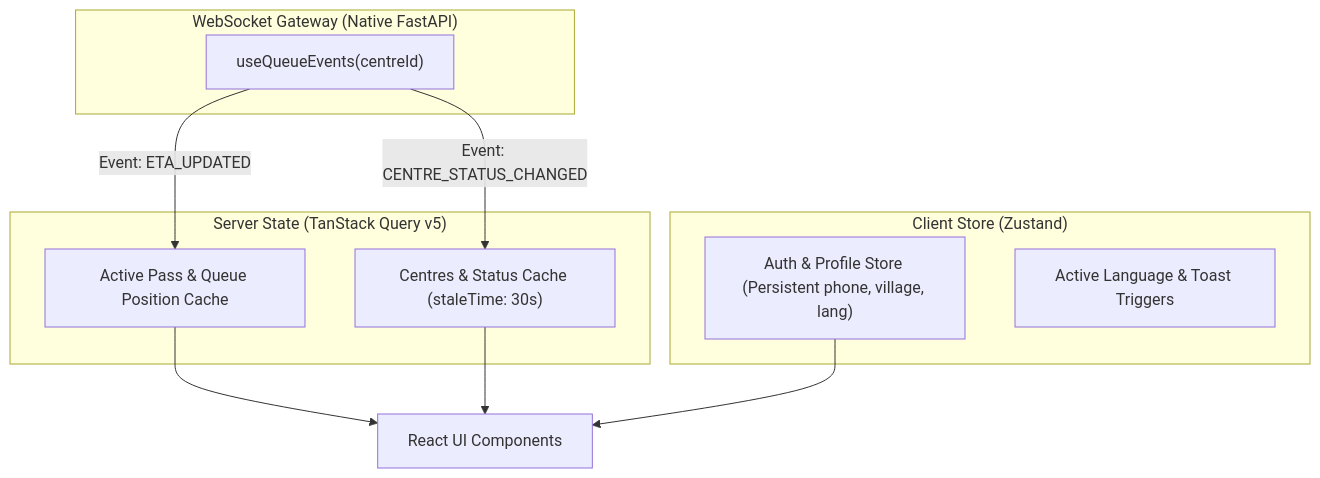
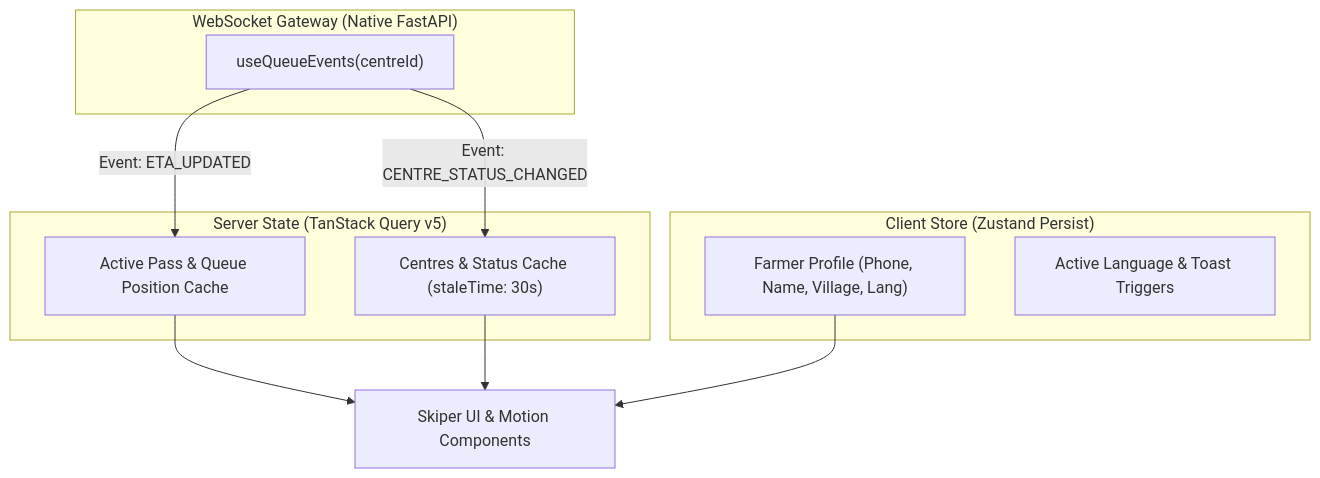
The diagram in docs/11_FRONTEND_ARCHITECTURE.md (SnehalPrince/KisanQueue), drawn with Mermaid before and after one commit. The commit also changed other lines of this file and 6 other files, not shown here.

First line of the commit message:
feat(ui): Infuse Skiper UI, Motion, Bklit UI, ASCII Magic motion, bilingual typography, and generated image assets

````diff
--- a/docs/11_FRONTEND_ARCHITECTURE.md
+++ b/docs/11_FRONTEND_ARCHITECTURE.md
@@ -70,22 +139,22 @@
 ```mermaid
 flowchart TD
     subgraph ServerSync["Server State (TanStack Query v5)"]
         CentresCache["Centres & Status Cache (staleTime: 30s)"]
         QueueCache["Active Pass & Queue Position Cache"]
     end
 
     subgraph RealtimeLayer["WebSocket Gateway (Native FastAPI)"]
         WSHook["useQueueEvents(centreId)"]
     end
 
-    subgraph LocalState["Client Store (Zustand)"]
-        AuthStore["Auth & Profile Store (Persistent phone, village, lang)"]
+    subgraph LocalState["Client Store (Zustand Persist)"]
+        AuthStore["Farmer Profile (Phone, Name, Village, Lang)"]
         UIStore["Active Language & Toast Triggers"]
     end
 
     WSHook -->|Event: ETA_UPDATED| QueueCache
     WSHook -->|Event: CENTRE_STATUS_CHANGED| CentresCache
-    QueueCache --> UI[React UI Components]
+    QueueCache --> UI[Skiper UI & Motion Components]
     CentresCache --> UI
     AuthStore --> UI
 ```
````
